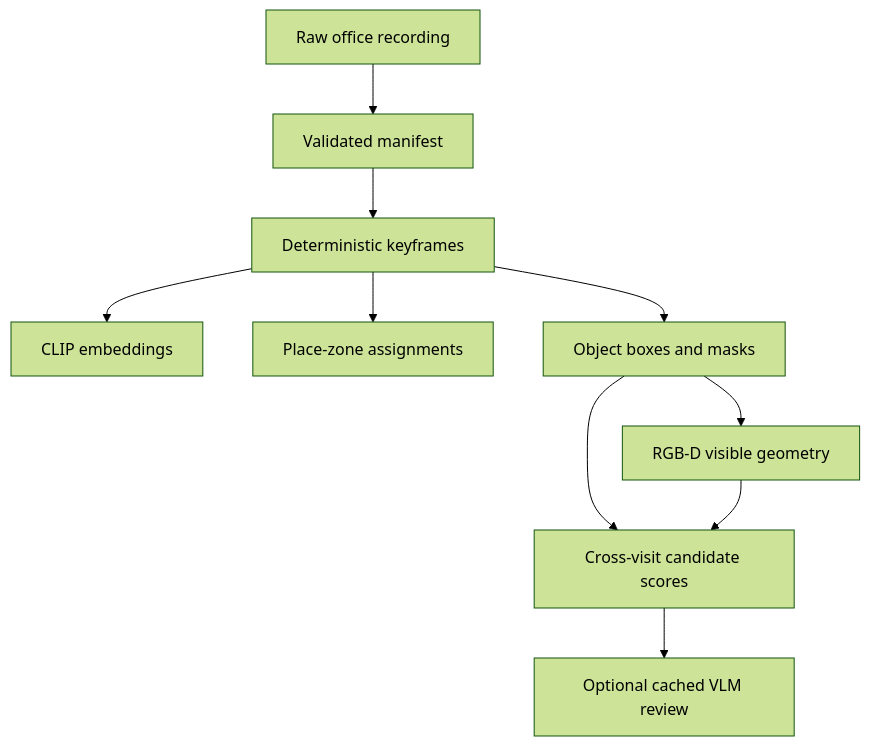
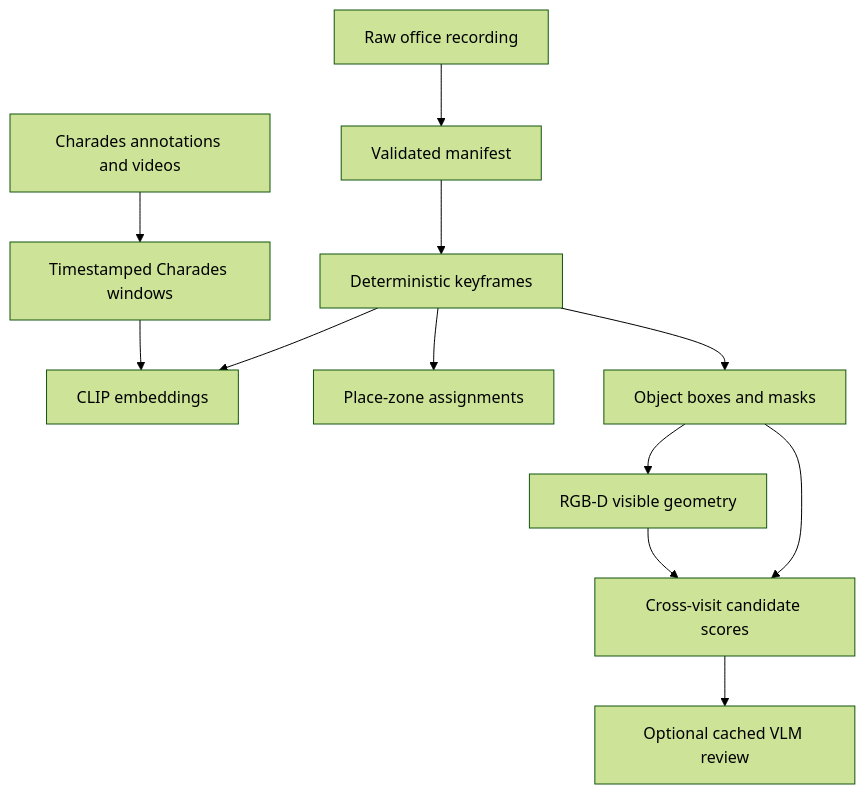
Before and after one commit to madhavpr191221/visual-memory-lab: the second of 2 diagrams in docs/system_design_and_architecture.md, drawn with Mermaid (forest theme). The commit also changed other lines of this file and 13 other files, not shown here.

````diff
--- a/docs/system_design_and_architecture.md
+++ b/docs/system_design_and_architecture.md
@@ -86,21 +97,24 @@
 ```mermaid
 flowchart TD
     R[Raw office recording]
     M[Validated manifest]
     K[Deterministic keyframes]
     C[CLIP embeddings]
     Z[Place-zone assignments]
     O[Object boxes and masks]
     G[RGB-D visible geometry]
     X[Cross-visit candidate scores]
     J[Optional cached VLM review]
+    W[Timestamped Charades windows]
 
     R --> M --> K
     K --> C
     K --> Z
     K --> O
     O --> G
     O --> X
     G --> X
     X --> J
+    V[Charades annotations and videos] --> W
+    W --> C
 ```
````
